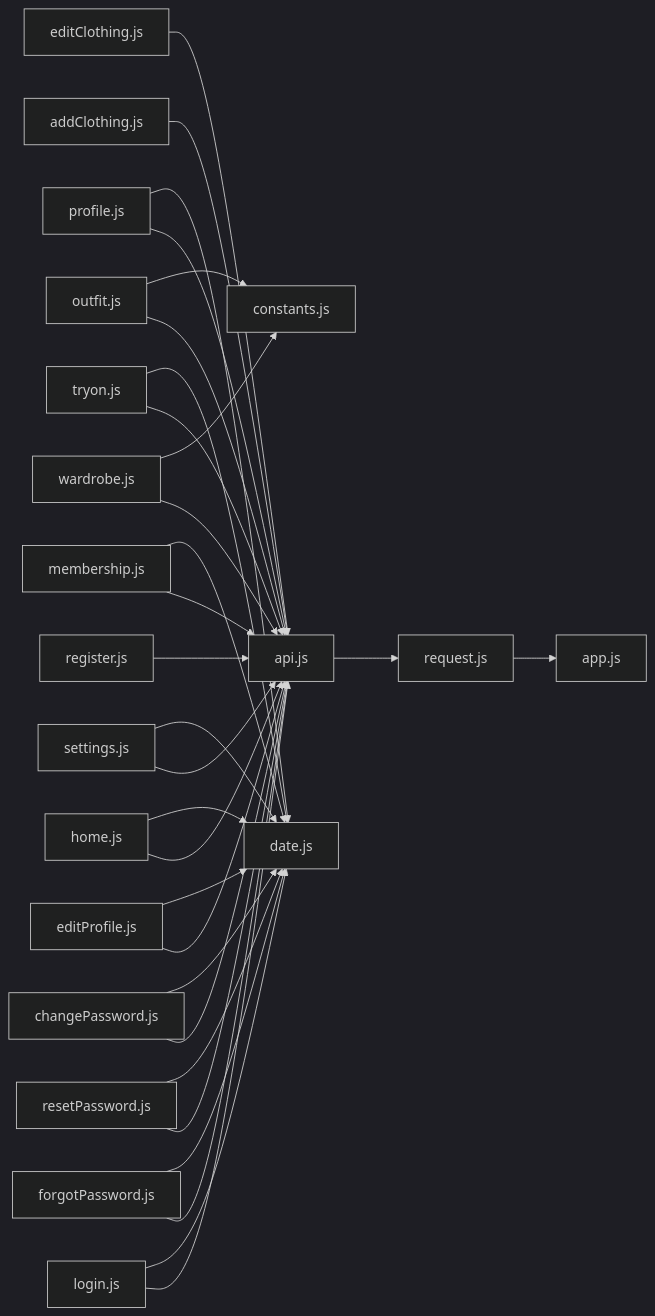
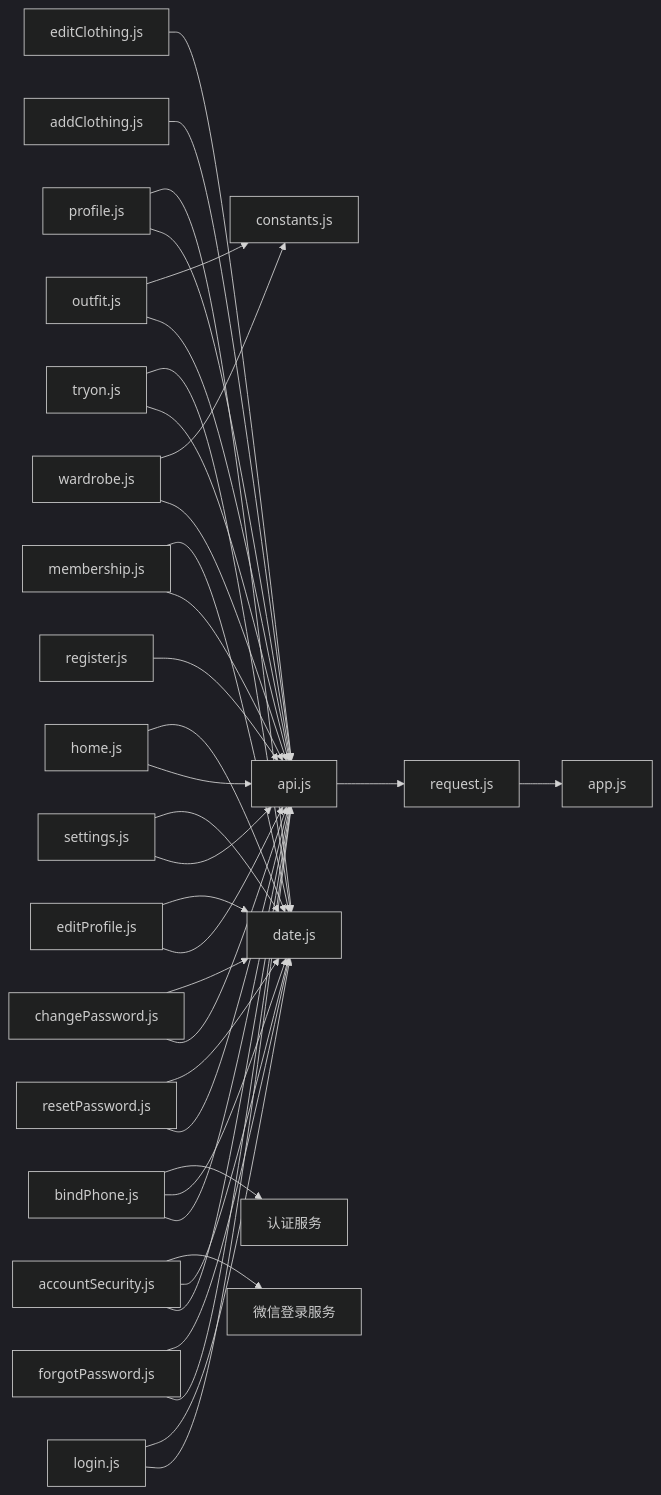
One commit to lsqwawa/free-dress changed diagram 13 of 13 in .qoder/repowiki/zh/content/微信小程序开发/微信小程序开发.md. Above: the diagram before and after it, drawn with Mermaid (dark theme). The commit also changed other lines of this file and 71 other files, not shown here.

````diff
--- a/.qoder/repowiki/zh/content/微信小程序开发/微信小程序开发.md
+++ b/.qoder/repowiki/zh/content/微信小程序开发/微信小程序开发.md
@@ -540,32 +618,38 @@
 ```mermaid
 graph LR
 LOGIN["login.js"] --> API["api.js"]
 REGISTER["register.js"] --> API
 FORGOT["forgotPassword.js"] --> API
 RESET["resetPassword.js"] --> API
 CHANGE["changePassword.js"] --> API
 EDITPROFILE["editProfile.js"] --> API
 SETTINGS["settings.js"] --> API
+ACCOUNTSECURITY["accountSecurity.js"] --> API
+BINDPHONE["bindPhone.js"] --> API
 MEMBERSHIP["membership.js"] --> API
 ADD["addClothing.js"] --> API
 EDIT["editClothing.js"] --> API
 HOME["home.js"] --> API
 WARDROBE["wardrobe.js"] --> API
 OUTFIT["outfit.js"] --> API
 TRYON["tryon.js"] --> API
 PROFILE["profile.js"] --> API
 API --> REQ["request.js"]
 REQ --> APP["app.js"]
 WARDROBE --> CONST["constants.js"]
 OUTFIT --> CONST
 HOME --> DATE["date.js"]
 LOGIN --> DATE
 FORGOT --> DATE
 RESET --> DATE
 CHANGE --> DATE
 EDITPROFILE --> DATE
 SETTINGS --> DATE
+ACCOUNTSECURITY --> DATE
+BINDPHONE --> DATE
 MEMBERSHIP --> DATE
 TRYON --> DATE
 PROFILE --> DATE
+ACCOUNTSECURITY --> WECHAT["微信登录服务"]
+BINDPHONE --> AUTH["认证服务"]
 ```
````
